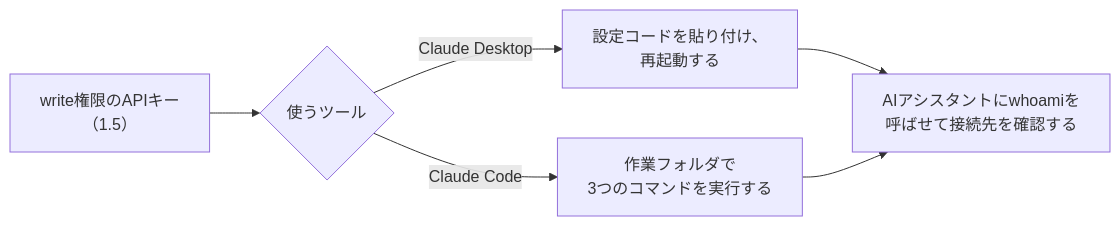
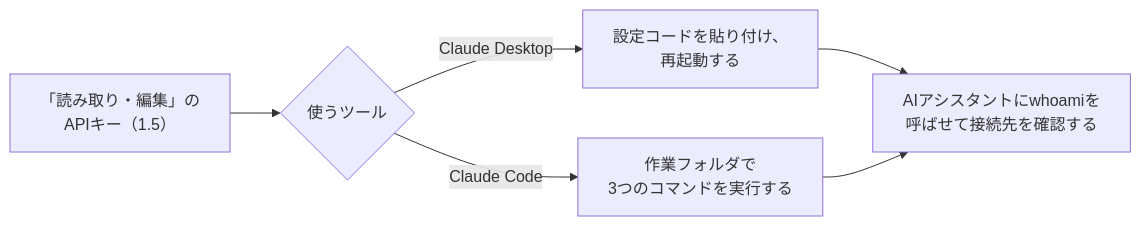
Before and after one commit to framgia/momorph-support: the third of 7 diagrams in docs/v2-user-guide.ja.md, drawn with Mermaid. The commit also changed other lines of this file and 21 other files, not shown here.

````diff
--- a/docs/v2-user-guide.ja.md
+++ b/docs/v2-user-guide.ja.md
@@ -101,8 +101,8 @@
 ```mermaid
 flowchart LR
-  K["write権限のAPIキー<br>（1.5）"] --> Q{"使うツール"}
+  K["「読み取り・編集」の<br>APIキー（1.5）"] --> Q{"使うツール"}
   Q -- "Claude Desktop" --> D["設定コードを貼り付け、<br>再起動する"]
   Q -- "Claude Code" --> C["作業フォルダで<br>3つのコマンドを実行する"]
   D --> W["AIアシスタントにwhoamiを<br>呼ばせて接続先を確認する"]
   C --> W
 ```
````
